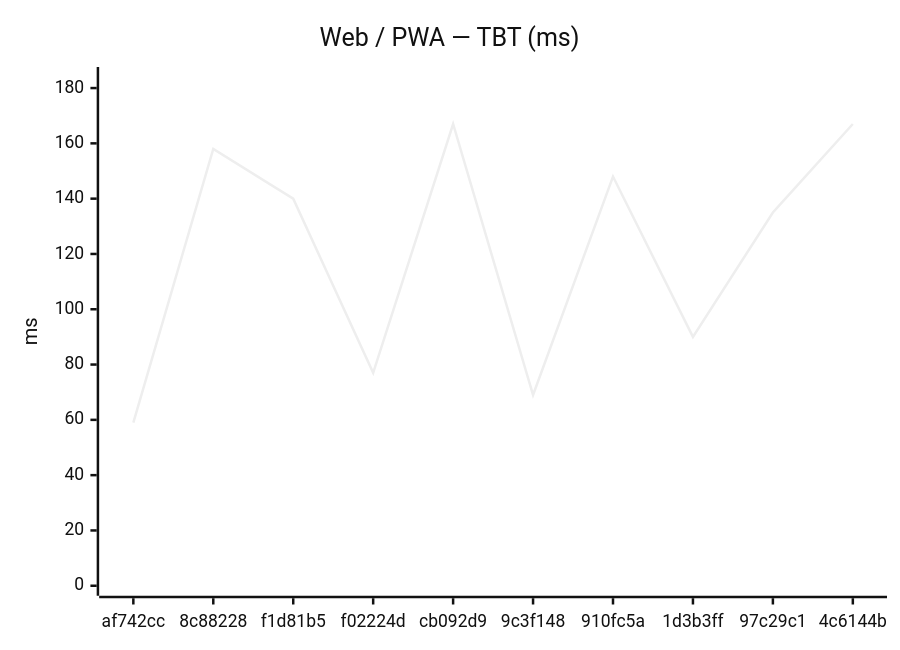
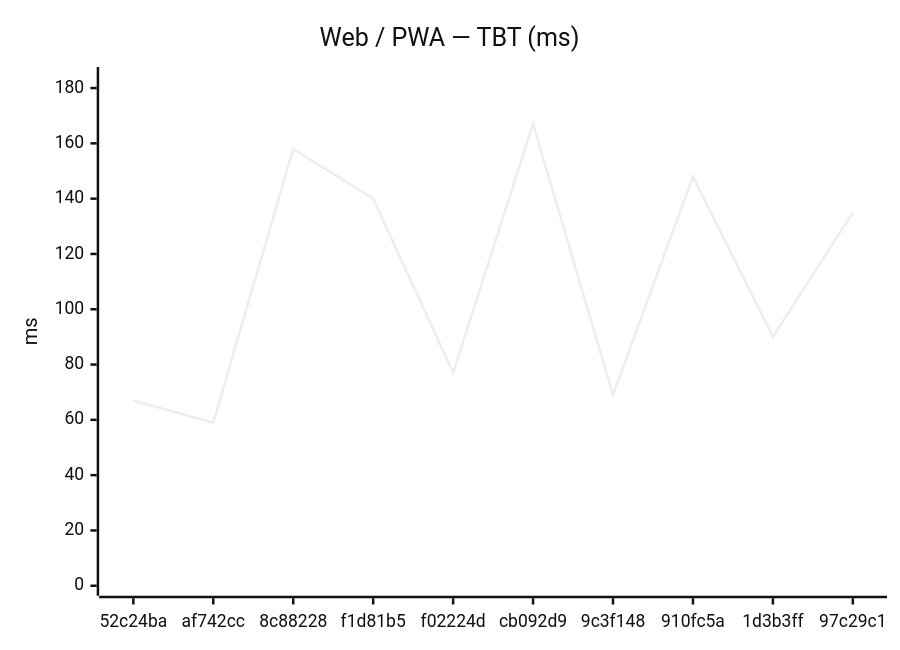
The second of 18 diagrams in benchmarks/compare.md (Metaheurist/Rianell), drawn with Mermaid (neutral theme) before and after one commit. The commit also changed other lines of this file and 11 other files, not shown here.

````diff
--- a/benchmarks/compare.md
+++ b/benchmarks/compare.md
@@ -31,7 +31,7 @@
 ```mermaid
 xychart-beta
     title "Web / PWA — TBT (ms)"
-    x-axis ["af742cc", "8c88228", "f1d81b5", "f02224d", "cb092d9", "9c3f148", "910fc5a", "1d3b3ff", "97c29c1", "4c6144b"]
+    x-axis ["52c24ba", "af742cc", "8c88228", "f1d81b5", "f02224d", "cb092d9", "9c3f148", "910fc5a", "1d3b3ff", "97c29c1"]
     y-axis "ms" 0 --> 184
-    line [59, 158, 140, 77, 167, 69, 148, 90, 135, 167]
+    line [67, 59, 158, 140, 77, 167, 69, 148, 90, 135]
 ```
````
